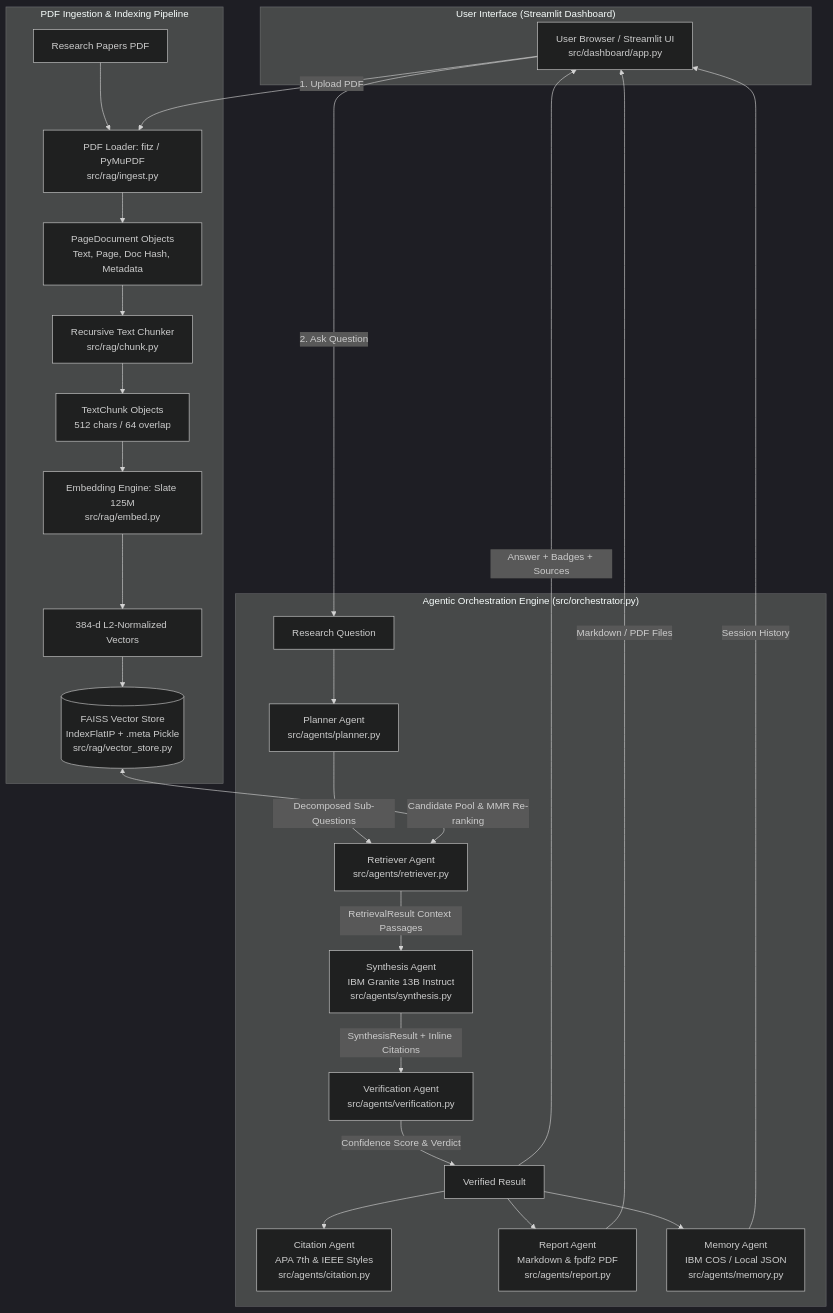
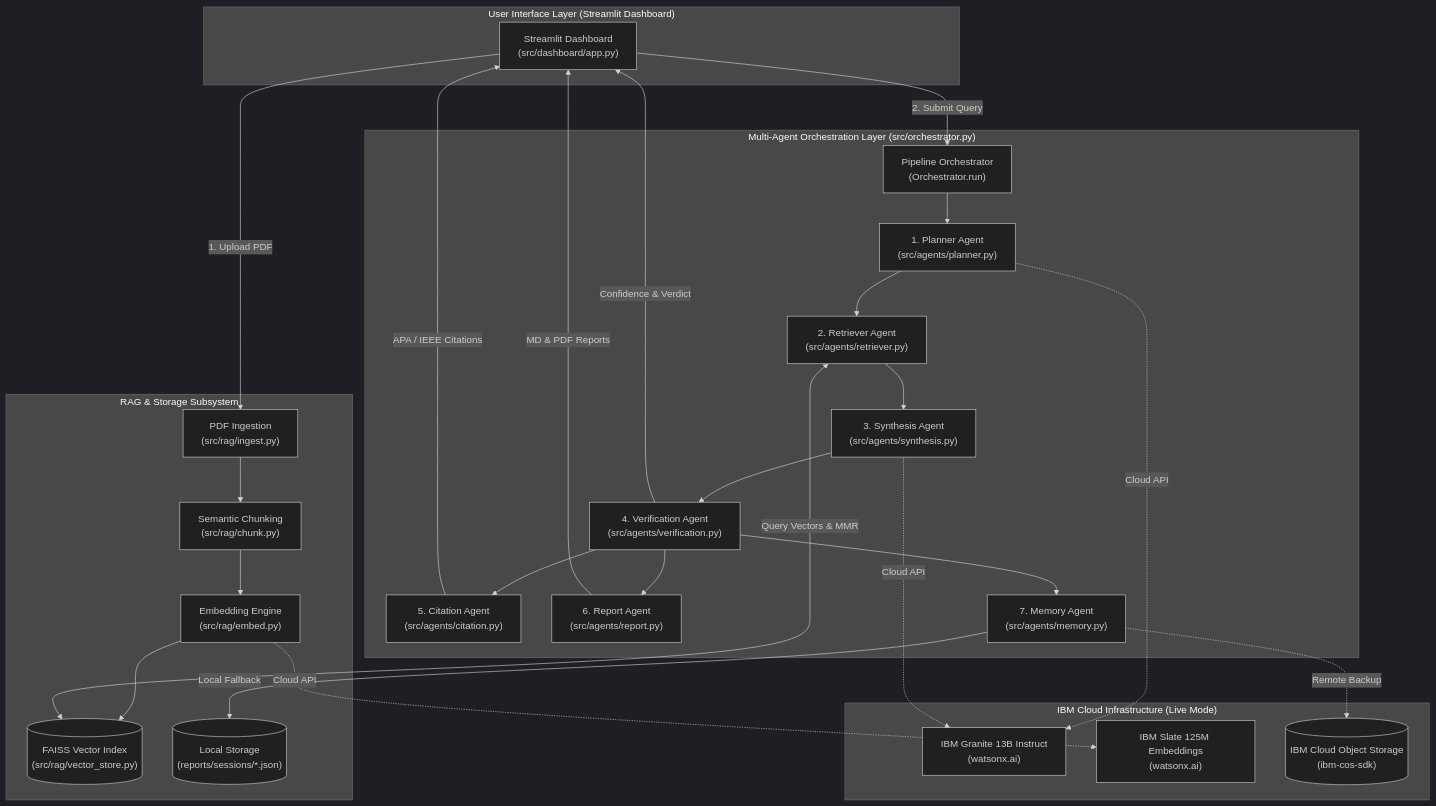
The first of 4 diagrams in docs/project_report/SCIPILOT_COMPLETE_PROJECT_REPORT.md (santhoshraghuraman/SciPilot), drawn with Mermaid (dark theme) before and after one commit. The commit also changed other lines of this file and 1 other file, not shown here.

Commit message:
docs: Finalise comprehensive technical project report with architecture diagrams and mathematical formulations

````diff
--- a/docs/project_report/SCIPILOT_COMPLETE_PROJECT_REPORT.md
+++ b/docs/project_report/SCIPILOT_COMPLETE_PROJECT_REPORT.md
@@ -47,34 +126,56 @@
 ```mermaid
 graph TD
-    subgraph UI_Layer ["User Interface (Streamlit Dashboard)"]
-        UI[User Browser / Streamlit UI<br/>src/dashboard/app.py]
+    subgraph UI_Layer ["User Interface Layer (Streamlit Dashboard)"]
+        UI["Streamlit Dashboard<br/>(src/dashboard/app.py)"]
     end
 
-    subgraph Ingestion_Pipeline ["PDF Ingestion & Indexing Pipeline"]
-        PDF[Research Papers PDF] --> Ingest[PDF Loader: fitz / PyMuPDF<br/>src/rag/ingest.py]
-        Ingest --> PageDocs[PageDocument Objects<br/>Text, Page, Doc Hash, Metadata]
-        PageDocs --> Chunker[Recursive Text Chunker<br/>src/rag/chunk.py]
-        Chunker --> Chunks[TextChunk Objects<br/>512 chars / 64 overlap]
-        Chunks --> Embedder[Embedding Engine: Slate 125M<br/>src/rag/embed.py]
-        Embedder --> Vectors[384-d L2-Normalized Vectors]
-        Vectors --> FAISS[(FAISS Vector Store<br/>IndexFlatIP + .meta Pickle<br/>src/rag/vector_store.py)]
+    subgraph Orchestration_Layer ["Multi-Agent Orchestration Layer (src/orchestrator.py)"]
+        ORC["Pipeline Orchestrator<br/>(Orchestrator.run)"]
+        PLN["1. Planner Agent<br/>(src/agents/planner.py)"]
+        RET["2. Retriever Agent<br/>(src/agents/retriever.py)"]
+        SYN["3. Synthesis Agent<br/>(src/agents/synthesis.py)"]
+        VER["4. Verification Agent<br/>(src/agents/verification.py)"]
+        CIT["5. Citation Agent<br/>(src/agents/citation.py)"]
+        REP["6. Report Agent<br/>(src/agents/report.py)"]
+        MEM["7. Memory Agent<br/>(src/agents/memory.py)"]
     end
 
-    subgraph Agentic_Orchestration ["Agentic Orchestration Engine (src/orchestrator.py)"]
-        Query[Research Question] --> Planner[Planner Agent<br/>src/agents/planner.py]
-        Planner -->|Decomposed Sub-Questions| Retriever[Retriever Agent<br/>src/agents/retriever.py]
-        FAISS <-->|Candidate Pool & MMR Re-ranking| Retriever
-        Retriever -->|RetrievalResult Context Passages| Synthesis[Synthesis Agent<br/>IBM Granite 13B Instruct<br/>src/agents/synthesis.py]
-        Synthesis -->|SynthesisResult + Inline Citations| Verifier[Verification Agent<br/>src/agents/verification.py]
-        Verifier -->|Confidence Score & Verdict| SynthesisResultChecked[Verified Result]
-        SynthesisResultChecked --> Citation[Citation Agent<br/>APA 7th & IEEE Styles<br/>src/agents/citation.py]
-        SynthesisResultChecked --> Reporter[Report Agent<br/>Markdown & fpdf2 PDF<br/>src/agents/report.py]
-        SynthesisResultChecked --> Memory[Memory Agent<br/>IBM COS / Local JSON<br/>src/agents/memory.py]
+    subgraph RAG_Layer ["RAG & Storage Subsystem"]
+        ING["PDF Ingestion<br/>(src/rag/ingest.py)"]
+        CHK["Semantic Chunking<br/>(src/rag/chunk.py)"]
+        EMB["Embedding Engine<br/>(src/rag/embed.py)"]
+        FSS[("FAISS Vector Index<br/>(src/rag/vector_store.py)")]
+        LOC_STORE[("Local Storage<br/>(reports/sessions/*.json)")]
     end
 
-    UI -->|1. Upload PDF| Ingest
-    UI -->|2. Ask Question| Query
-    Reporter -->|Markdown / PDF Files| UI
-    Memory -->|Session History| UI
-    SynthesisResultChecked -->|Answer + Badges + Sources| UI
+    subgraph IBM_Cloud ["IBM Cloud Infrastructure (Live Mode)"]
+        GRANITE["IBM Granite 13B Instruct<br/>(watsonx.ai)"]
+        SLATE["IBM Slate 125M Embeddings<br/>(watsonx.ai)"]
+        COS[("IBM Cloud Object Storage<br/>(ibm-cos-sdk)")]
+    end
+
+    UI -->|"1. Upload PDF"| ING
+    ING --> CHK
+    CHK --> EMB
+    EMB --> FSS
+
+    UI -->|"2. Submit Query"| ORC
+    ORC --> PLN
+    PLN --> RET
+    RET <-->|"Query Vectors & MMR"| FSS
+    RET --> SYN
+    SYN --> VER
+    VER --> CIT
+    VER --> REP
+    VER --> MEM
+
+    PLN -.->|"Cloud API"| GRANITE
+    SYN -.->|"Cloud API"| GRANITE
+    EMB -.->|"Cloud API"| SLATE
+    MEM -.->|"Remote Backup"| COS
+    MEM -->|"Local Fallback"| LOC_STORE
+
+    REP -->|"MD & PDF Reports"| UI
+    VER -->|"Confidence & Verdict"| UI
+    CIT -->|"APA / IEEE Citations"| UI
 ```
````
